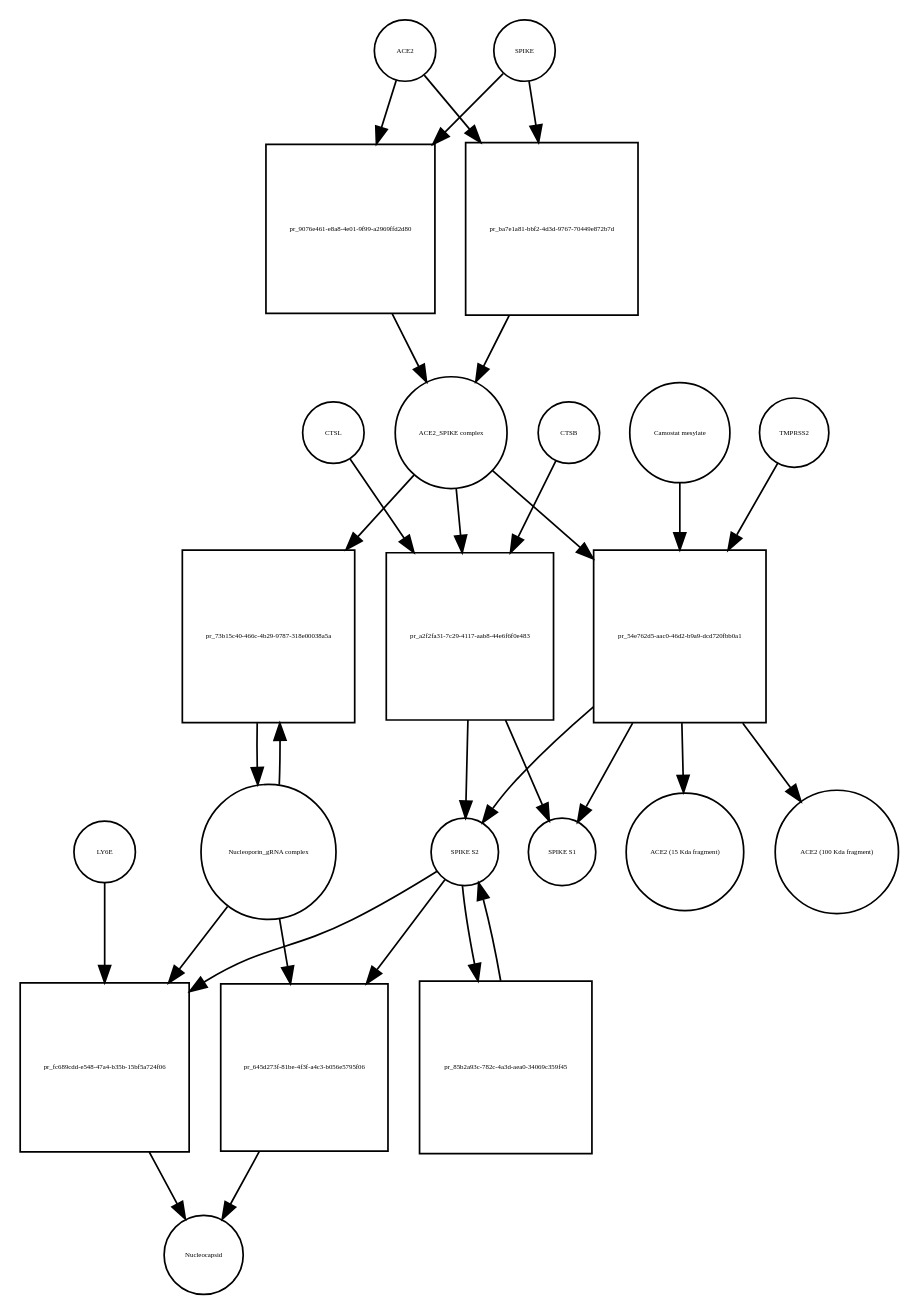
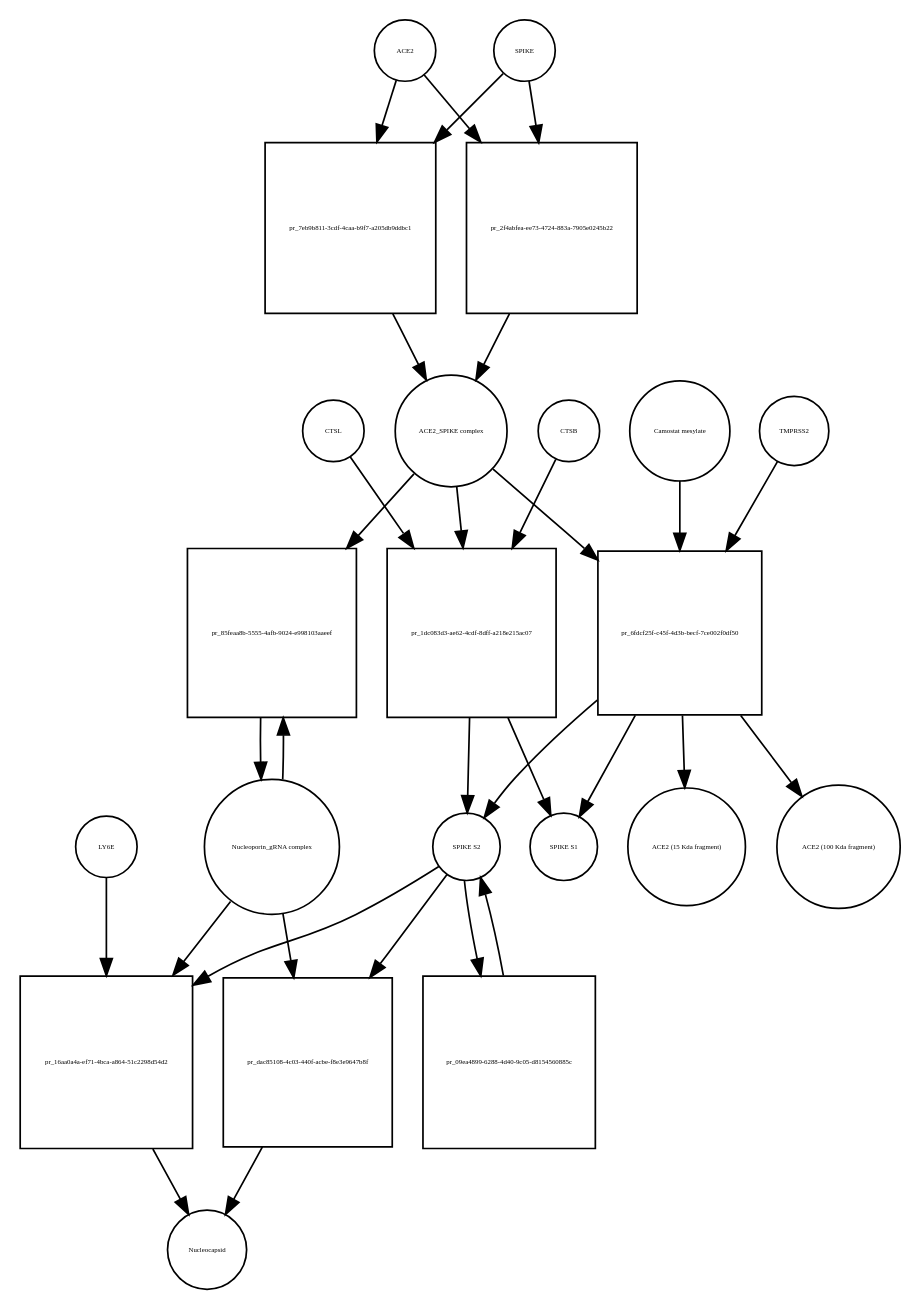
The diagram in Virus_replication_cycle_V02.xml_bipartite.dot (cannin/covid19-sbgn), drawn with Graphviz before and after one commit. The commit also changed 621 other files, not shown here.

```diff
--- a/Virus_replication_cycle_V02.xml_bipartite.dot
+++ b/Virus_replication_cycle_V02.xml_bipartite.dot
@@ -1,54 +1,54 @@
 strict digraph  {
 ACE2 [annotation="", bipartite=0, cls=macromolecule, fontsize=4, label=ACE2, shape=circle];
-"pr_9076e461-e8a8-4e01-9f99-a2969ffd2d80" [annotation="", bipartite=1, cls=process, fontsize=4, label="pr_9076e461-e8a8-4e01-9f99-a2969ffd2d80", shape=square];
+"pr_7eb9b811-3cdf-4caa-b9f7-a205db9ddbc1" [annotation="", bipartite=1, cls=process, fontsize=4, label="pr_7eb9b811-3cdf-4caa-b9f7-a205db9ddbc1", shape=square];
 "ACE2_SPIKE complex" [annotation="", bipartite=0, cls=complex, fontsize=4, label="ACE2_SPIKE complex", shape=circle];
 SPIKE [annotation="", bipartite=0, cls="macromolecule multimer", fontsize=4, label=SPIKE, shape=circle];
 "Nucleoporin_gRNA complex " [annotation="", bipartite=0, cls=complex, fontsize=4, label="Nucleoporin_gRNA complex ", shape=circle];
-"pr_73b15c40-466c-4b29-9787-318e00038a5a" [annotation="", bipartite=1, cls=process, fontsize=4, label="pr_73b15c40-466c-4b29-9787-318e00038a5a", shape=square];
-"pr_a2f2fa31-7c29-4117-aab8-44e6f6f0e483" [annotation="", bipartite=1, cls=process, fontsize=4, label="pr_a2f2fa31-7c29-4117-aab8-44e6f6f0e483", shape=square];
+"pr_85feaa8b-5555-4afb-9024-e998103aaeef" [annotation="", bipartite=1, cls=process, fontsize=4, label="pr_85feaa8b-5555-4afb-9024-e998103aaeef", shape=square];
+"pr_1dc083d3-ae62-4cdf-8dff-a218e215ac07" [annotation="", bipartite=1, cls=process, fontsize=4, label="pr_1dc083d3-ae62-4cdf-8dff-a218e215ac07", shape=square];
 "SPIKE S2" [annotation="", bipartite=0, cls=macromolecule, fontsize=4, label="SPIKE S2", shape=circle];
 CTSB [annotation="", bipartite=0, cls=macromolecule, fontsize=4, label=CTSB, shape=circle];
 CTSL [annotation="", bipartite=0, cls=macromolecule, fontsize=4, label=CTSL, shape=circle];
 "SPIKE S1" [annotation="", bipartite=0, cls=macromolecule, fontsize=4, label="SPIKE S1", shape=circle];
-"pr_54e762d5-aac0-46d2-b9a9-dcd720fbb0a1" [annotation="", bipartite=1, cls=process, fontsize=4, label="pr_54e762d5-aac0-46d2-b9a9-dcd720fbb0a1", shape=square];
+"pr_6fdcf25f-c45f-4d3b-becf-7ce002f0df50" [annotation="", bipartite=1, cls=process, fontsize=4, label="pr_6fdcf25f-c45f-4d3b-becf-7ce002f0df50", shape=square];
 TMPRSS2 [annotation="", bipartite=0, cls=macromolecule, fontsize=4, label=TMPRSS2, shape=circle];
 "Camostat mesylate" [annotation="urn_miriam_pubchem.compound_2536", bipartite=0, cls="simple chemical", fontsize=4, label="Camostat mesylate", shape=circle];
 "ACE2 (15 Kda fragment)" [annotation="", bipartite=0, cls=macromolecule, fontsize=4, label="ACE2 (15 Kda fragment)", shape=circle];
 "ACE2 (100 Kda fragment)" [annotation="", bipartite=0, cls=macromolecule, fontsize=4, label="ACE2 (100 Kda fragment)", shape=circle];
-"pr_ba7e1a81-bbf2-4d3d-9767-70449e872b7d" [annotation="", bipartite=1, cls=process, fontsize=4, label="pr_ba7e1a81-bbf2-4d3d-9767-70449e872b7d", shape=square];
-"pr_fc689cdd-e548-47a4-b35b-15bf5a724f06" [annotation="", bipartite=1, cls=process, fontsize=4, label="pr_fc689cdd-e548-47a4-b35b-15bf5a724f06", shape=square];
+"pr_2f4abfea-ee73-4724-883a-7905e0245b22" [annotation="", bipartite=1, cls=process, fontsize=4, label="pr_2f4abfea-ee73-4724-883a-7905e0245b22", shape=square];
+"pr_16aa0a4a-ef71-4bca-a864-51c2298d54d2" [annotation="", bipartite=1, cls=process, fontsize=4, label="pr_16aa0a4a-ef71-4bca-a864-51c2298d54d2", shape=square];
 Nucleocapsid [annotation="", bipartite=0, cls=complex, fontsize=4, label=Nucleocapsid, shape=circle];
 LY6E [annotation="", bipartite=0, cls=macromolecule, fontsize=4, label=LY6E, shape=circle];
-"pr_85b2a93c-782c-4a3d-aea0-34069c359f45" [annotation="", bipartite=1, cls=process, fontsize=4, label="pr_85b2a93c-782c-4a3d-aea0-34069c359f45", shape=square];
-"pr_645d273f-81be-4f3f-a4c3-b056e5795f06" [annotation="", bipartite=1, cls=process, fontsize=4, label="pr_645d273f-81be-4f3f-a4c3-b056e5795f06", shape=square];
-ACE2 -> "pr_9076e461-e8a8-4e01-9f99-a2969ffd2d80"  [annotation="", interaction_type=consumption];
-ACE2 -> "pr_ba7e1a81-bbf2-4d3d-9767-70449e872b7d"  [annotation="", interaction_type=consumption];
-"pr_9076e461-e8a8-4e01-9f99-a2969ffd2d80" -> "ACE2_SPIKE complex"  [annotation="", interaction_type=production];
-"ACE2_SPIKE complex" -> "pr_73b15c40-466c-4b29-9787-318e00038a5a"  [annotation="urn_miriam_pubmed_32142651|urn_miriam_pubmed_32094589", interaction_type=stimulation];
-"ACE2_SPIKE complex" -> "pr_a2f2fa31-7c29-4117-aab8-44e6f6f0e483"  [annotation="", interaction_type=consumption];
-"ACE2_SPIKE complex" -> "pr_54e762d5-aac0-46d2-b9a9-dcd720fbb0a1"  [annotation="", interaction_type=consumption];
-SPIKE -> "pr_9076e461-e8a8-4e01-9f99-a2969ffd2d80"  [annotation="", interaction_type=consumption];
-SPIKE -> "pr_ba7e1a81-bbf2-4d3d-9767-70449e872b7d"  [annotation="", interaction_type=consumption];
-"Nucleoporin_gRNA complex " -> "pr_73b15c40-466c-4b29-9787-318e00038a5a"  [annotation="", interaction_type=consumption];
-"Nucleoporin_gRNA complex " -> "pr_fc689cdd-e548-47a4-b35b-15bf5a724f06"  [annotation="", interaction_type=consumption];
-"Nucleoporin_gRNA complex " -> "pr_645d273f-81be-4f3f-a4c3-b056e5795f06"  [annotation="", interaction_type=consumption];
-"pr_73b15c40-466c-4b29-9787-318e00038a5a" -> "Nucleoporin_gRNA complex "  [annotation="", interaction_type=production];
-"pr_a2f2fa31-7c29-4117-aab8-44e6f6f0e483" -> "SPIKE S2"  [annotation="", interaction_type=production];
-"pr_a2f2fa31-7c29-4117-aab8-44e6f6f0e483" -> "SPIKE S1"  [annotation="", interaction_type=production];
-"SPIKE S2" -> "pr_fc689cdd-e548-47a4-b35b-15bf5a724f06"  [annotation="urn_miriam_doi_10.1101%2F2020.03.05.979260|urn_miriam_doi_10.1101%2F2020.04.02.021469", interaction_type=stimulation];
-"SPIKE S2" -> "pr_85b2a93c-782c-4a3d-aea0-34069c359f45"  [annotation="", interaction_type=consumption];
-"SPIKE S2" -> "pr_645d273f-81be-4f3f-a4c3-b056e5795f06"  [annotation="", interaction_type=stimulation];
-CTSB -> "pr_a2f2fa31-7c29-4117-aab8-44e6f6f0e483"  [annotation=urn_miriam_pubmed_32142651, interaction_type=catalysis];
-CTSL -> "pr_a2f2fa31-7c29-4117-aab8-44e6f6f0e483"  [annotation=urn_miriam_pubmed_32142651, interaction_type=catalysis];
-"pr_54e762d5-aac0-46d2-b9a9-dcd720fbb0a1" -> "SPIKE S2"  [annotation="", interaction_type=production];
-"pr_54e762d5-aac0-46d2-b9a9-dcd720fbb0a1" -> "SPIKE S1"  [annotation="", interaction_type=production];
-"pr_54e762d5-aac0-46d2-b9a9-dcd720fbb0a1" -> "ACE2 (15 Kda fragment)"  [annotation="", interaction_type=production];
-"pr_54e762d5-aac0-46d2-b9a9-dcd720fbb0a1" -> "ACE2 (100 Kda fragment)"  [annotation="", interaction_type=production];
-TMPRSS2 -> "pr_54e762d5-aac0-46d2-b9a9-dcd720fbb0a1"  [annotation="urn_miriam_pubmed_32142651|urn_miriam_pubmed_32094589|urn_miriam_pubmed_24227843", interaction_type=catalysis];
-"Camostat mesylate" -> "pr_54e762d5-aac0-46d2-b9a9-dcd720fbb0a1"  [annotation="urn_miriam_pubmed_32142651|urn_miriam_pubmed_32094589|urn_miriam_pubmed_24227843", interaction_type=inhibition];
-"pr_ba7e1a81-bbf2-4d3d-9767-70449e872b7d" -> "ACE2_SPIKE complex"  [annotation="", interaction_type=production];
-"pr_fc689cdd-e548-47a4-b35b-15bf5a724f06" -> Nucleocapsid  [annotation="", interaction_type=production];
-LY6E -> "pr_fc689cdd-e548-47a4-b35b-15bf5a724f06"  [annotation="urn_miriam_doi_10.1101%2F2020.03.05.979260|urn_miriam_doi_10.1101%2F2020.04.02.021469", interaction_type=inhibition];
-"pr_85b2a93c-782c-4a3d-aea0-34069c359f45" -> "SPIKE S2"  [annotation="", interaction_type=production];
-"pr_645d273f-81be-4f3f-a4c3-b056e5795f06" -> Nucleocapsid  [annotation="", interaction_type=production];
+"pr_09ea4899-6288-4d40-9c05-d8154560885c" [annotation="", bipartite=1, cls=process, fontsize=4, label="pr_09ea4899-6288-4d40-9c05-d8154560885c", shape=square];
+"pr_dac85108-4c03-440f-acbe-f8e3e9647b8f" [annotation="", bipartite=1, cls=process, fontsize=4, label="pr_dac85108-4c03-440f-acbe-f8e3e9647b8f", shape=square];
+ACE2 -> "pr_7eb9b811-3cdf-4caa-b9f7-a205db9ddbc1"  [annotation="", interaction_type=consumption];
+ACE2 -> "pr_2f4abfea-ee73-4724-883a-7905e0245b22"  [annotation="", interaction_type=consumption];
+"pr_7eb9b811-3cdf-4caa-b9f7-a205db9ddbc1" -> "ACE2_SPIKE complex"  [annotation="", interaction_type=production];
+"ACE2_SPIKE complex" -> "pr_85feaa8b-5555-4afb-9024-e998103aaeef"  [annotation="urn_miriam_pubmed_32142651|urn_miriam_pubmed_32094589", interaction_type=stimulation];
+"ACE2_SPIKE complex" -> "pr_1dc083d3-ae62-4cdf-8dff-a218e215ac07"  [annotation="", interaction_type=consumption];
+"ACE2_SPIKE complex" -> "pr_6fdcf25f-c45f-4d3b-becf-7ce002f0df50"  [annotation="", interaction_type=consumption];
+SPIKE -> "pr_7eb9b811-3cdf-4caa-b9f7-a205db9ddbc1"  [annotation="", interaction_type=consumption];
+SPIKE -> "pr_2f4abfea-ee73-4724-883a-7905e0245b22"  [annotation="", interaction_type=consumption];
+"Nucleoporin_gRNA complex " -> "pr_85feaa8b-5555-4afb-9024-e998103aaeef"  [annotation="", interaction_type=consumption];
+"Nucleoporin_gRNA complex " -> "pr_16aa0a4a-ef71-4bca-a864-51c2298d54d2"  [annotation="", interaction_type=consumption];
+"Nucleoporin_gRNA complex " -> "pr_dac85108-4c03-440f-acbe-f8e3e9647b8f"  [annotation="", interaction_type=consumption];
+"pr_85feaa8b-5555-4afb-9024-e998103aaeef" -> "Nucleoporin_gRNA complex "  [annotation="", interaction_type=production];
+"pr_1dc083d3-ae62-4cdf-8dff-a218e215ac07" -> "SPIKE S2"  [annotation="", interaction_type=production];
+"pr_1dc083d3-ae62-4cdf-8dff-a218e215ac07" -> "SPIKE S1"  [annotation="", interaction_type=production];
+"SPIKE S2" -> "pr_16aa0a4a-ef71-4bca-a864-51c2298d54d2"  [annotation="urn_miriam_doi_10.1101%2F2020.03.05.979260|urn_miriam_doi_10.1101%2F2020.04.02.021469", interaction_type=stimulation];
+"SPIKE S2" -> "pr_09ea4899-6288-4d40-9c05-d8154560885c"  [annotation="", interaction_type=consumption];
+"SPIKE S2" -> "pr_dac85108-4c03-440f-acbe-f8e3e9647b8f"  [annotation="", interaction_type=stimulation];
+CTSB -> "pr_1dc083d3-ae62-4cdf-8dff-a218e215ac07"  [annotation=urn_miriam_pubmed_32142651, interaction_type=catalysis];
+CTSL -> "pr_1dc083d3-ae62-4cdf-8dff-a218e215ac07"  [annotation=urn_miriam_pubmed_32142651, interaction_type=catalysis];
+"pr_6fdcf25f-c45f-4d3b-becf-7ce002f0df50" -> "SPIKE S2"  [annotation="", interaction_type=production];
+"pr_6fdcf25f-c45f-4d3b-becf-7ce002f0df50" -> "SPIKE S1"  [annotation="", interaction_type=production];
+"pr_6fdcf25f-c45f-4d3b-becf-7ce002f0df50" -> "ACE2 (15 Kda fragment)"  [annotation="", interaction_type=production];
+"pr_6fdcf25f-c45f-4d3b-becf-7ce002f0df50" -> "ACE2 (100 Kda fragment)"  [annotation="", interaction_type=production];
+TMPRSS2 -> "pr_6fdcf25f-c45f-4d3b-becf-7ce002f0df50"  [annotation="urn_miriam_pubmed_32142651|urn_miriam_pubmed_32094589|urn_miriam_pubmed_24227843", interaction_type=catalysis];
+"Camostat mesylate" -> "pr_6fdcf25f-c45f-4d3b-becf-7ce002f0df50"  [annotation="urn_miriam_pubmed_32142651|urn_miriam_pubmed_32094589|urn_miriam_pubmed_24227843", interaction_type=inhibition];
+"pr_2f4abfea-ee73-4724-883a-7905e0245b22" -> "ACE2_SPIKE complex"  [annotation="", interaction_type=production];
+"pr_16aa0a4a-ef71-4bca-a864-51c2298d54d2" -> Nucleocapsid  [annotation="", interaction_type=production];
+LY6E -> "pr_16aa0a4a-ef71-4bca-a864-51c2298d54d2"  [annotation="urn_miriam_doi_10.1101%2F2020.03.05.979260|urn_miriam_doi_10.1101%2F2020.04.02.021469", interaction_type=inhibition];
+"pr_09ea4899-6288-4d40-9c05-d8154560885c" -> "SPIKE S2"  [annotation="", interaction_type=production];
+"pr_dac85108-4c03-440f-acbe-f8e3e9647b8f" -> Nucleocapsid  [annotation="", interaction_type=production];
 }
```
